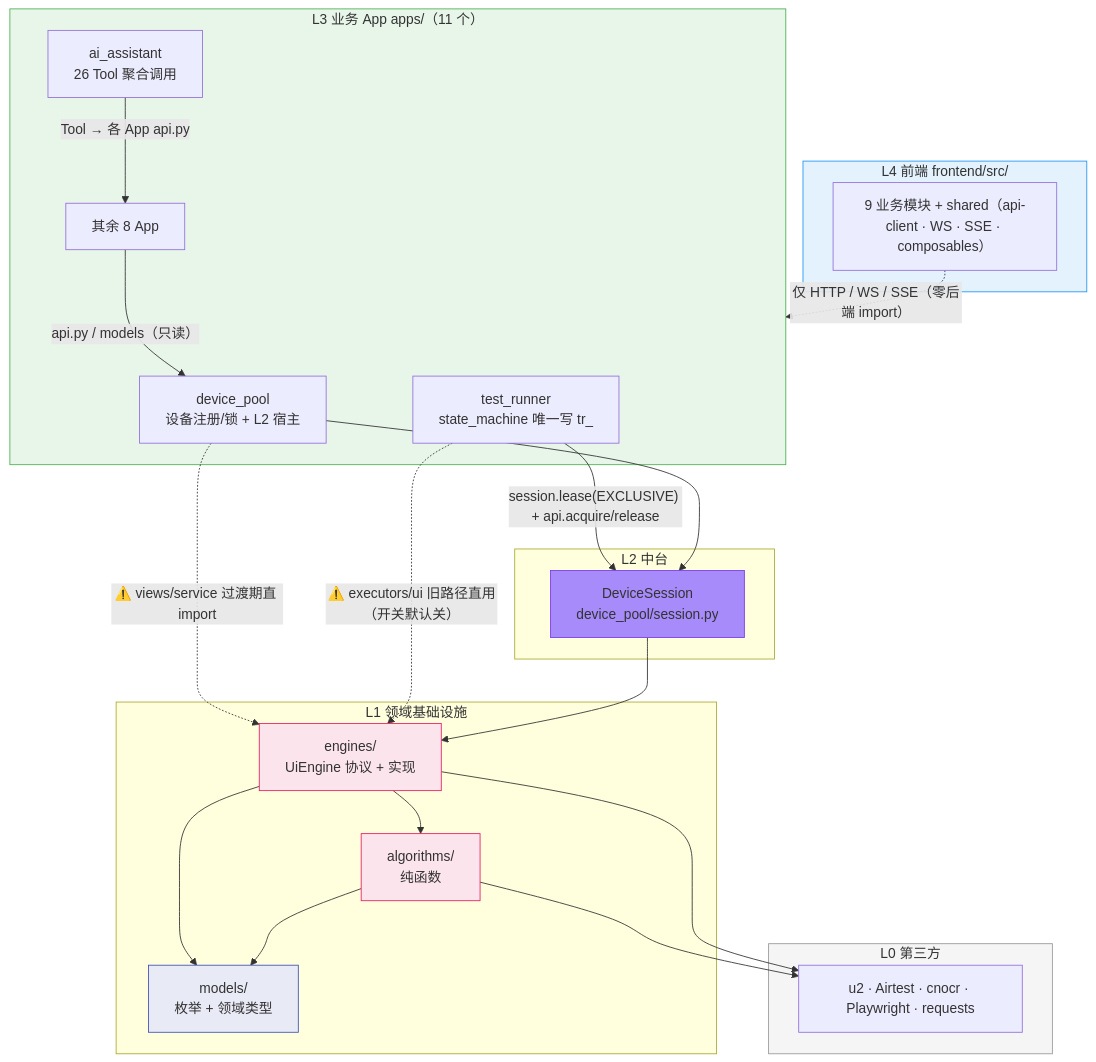
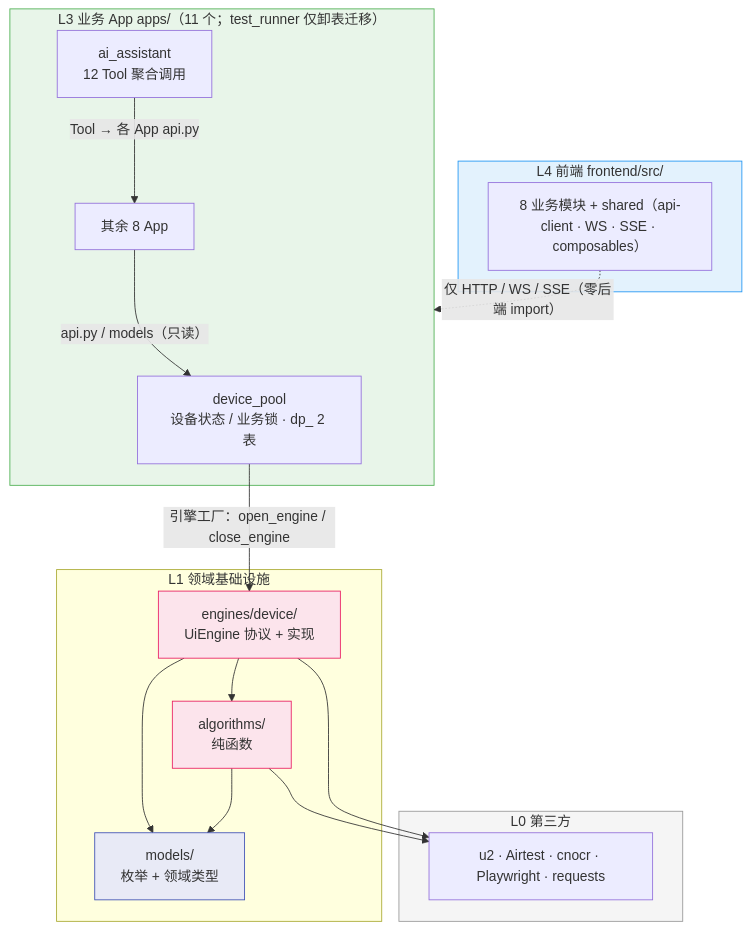
One commit to Kahoku-lazy/Android-AutoTests changed the second of 6 diagrams in dev_docs/03-设计与架构/ARCH-00-平台总体架构.md. Above: the diagram before and after it, drawn with Mermaid. The commit also changed other lines of this file and 24 other files, not shown here.

````diff
--- a/dev_docs/03-设计与架构/ARCH-00-平台总体架构.md
+++ b/dev_docs/03-设计与架构/ARCH-00-平台总体架构.md
@@ -134,49 +126,39 @@
 ```mermaid
 flowchart TD
     subgraph L4["L4 前端 frontend/src/"]
-        FE["9 业务模块 + shared（api-client · WS · SSE · composables）"]
+        FE["8 业务模块 + shared（api-client · WS · SSE · composables）"]
     end
 
-    subgraph L3["L3 业务 App apps/（11 个）"]
-        DP["device_pool<br/>设备注册/锁 + L2 宿主"]
-        TR["test_runner<br/>state_machine 唯一写 tr_"]
-        AI3["ai_assistant<br/>26 Tool 聚合调用"]
+    subgraph L3["L3 业务 App apps/（11 个；test_runner 仅卸表迁移）"]
+        DP["device_pool<br/>设备状态 / 业务锁 · dp_ 2 表"]
+        AI3["ai_assistant<br/>12 Tool 聚合调用"]
         OTH["其余 8 App"]
     end
 
-    subgraph L2["L2 中台"]
-        SES["DeviceSession<br/>device_pool/session.py"]
-    end
-
     subgraph L1["L1 领域基础设施"]
-        ENG["engines/<br/>UiEngine 协议 + 实现"]
+        ENG["engines/device/<br/>UiEngine 协议 + 实现"]
         ALGO["algorithms/<br/>纯函数"]
         MOD["models/<br/>枚举 + 领域类型"]
     end
 
     subgraph L0["L0 第三方"]
         EXT["u2 · Airtest · cnocr · Playwright · requests"]
     end
 
     FE -.->|"仅 HTTP / WS / SSE（零后端 import）"| L3
     OTH -->|"api.py / models（只读）"| DP
-    TR -->|"session.lease(EXCLUSIVE) + api.acquire/release"| SES
-    DP --> SES
     AI3 -->|"Tool → 各 App api.py"| OTH
-    DP -.->|"⚠️ views/service 过渡期直 import"| ENG
-    TR -.->|"⚠️ executors/ui 旧路径直用（开关默认关）"| ENG
-    SES --> ENG
+    DP -->|"引擎工厂：open_engine / close_engine"| ENG
     ENG --> ALGO
     ENG --> MOD
     ALGO --> MOD
     ALGO --> EXT
     ENG --> EXT
 
     style L4 fill:#e3f2fd,stroke:#2196f3
     style L3 fill:#e8f5e9,stroke:#4caf50
-    style SES fill:#a78bfa,stroke:#7c3aed
     style ENG fill:#fce4ec,stroke:#e91e63
     style ALGO fill:#fce4ec,stroke:#e91e63
     style MOD fill:#e8eaf6,stroke:#3f51b5
     style L0 fill:#f5f5f5,stroke:#999
 ```
````
